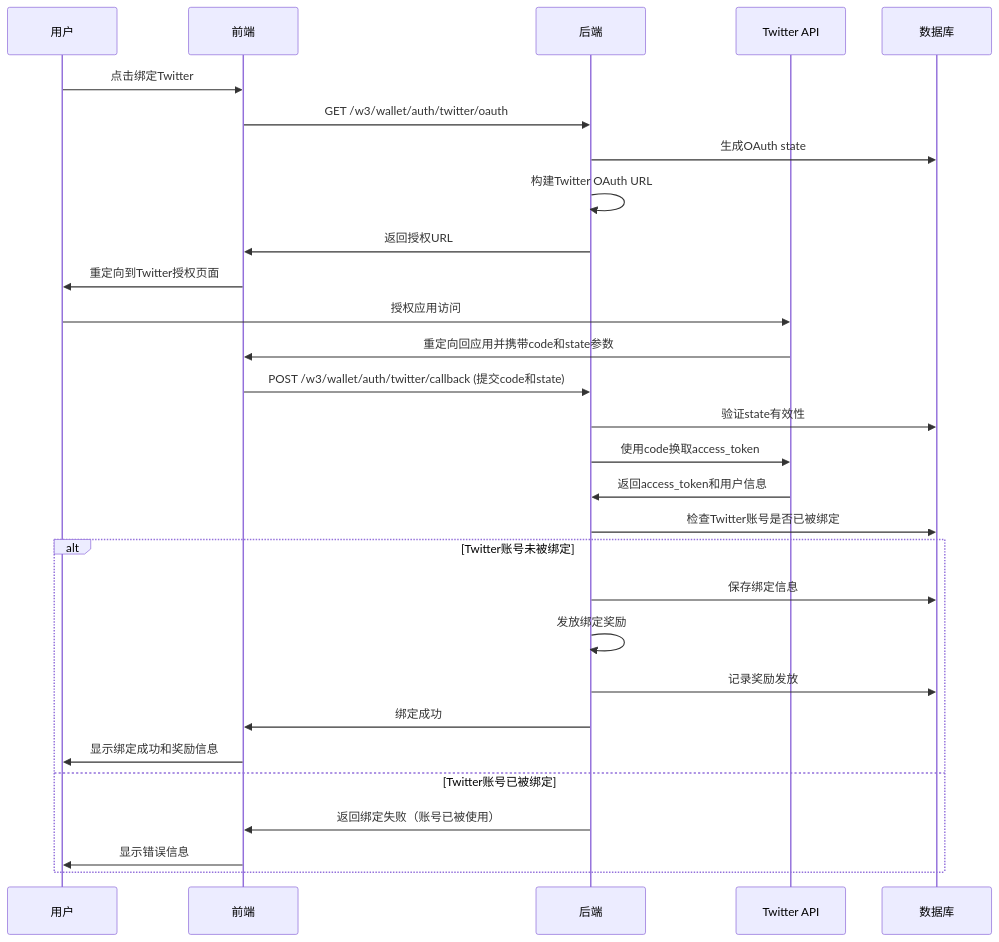
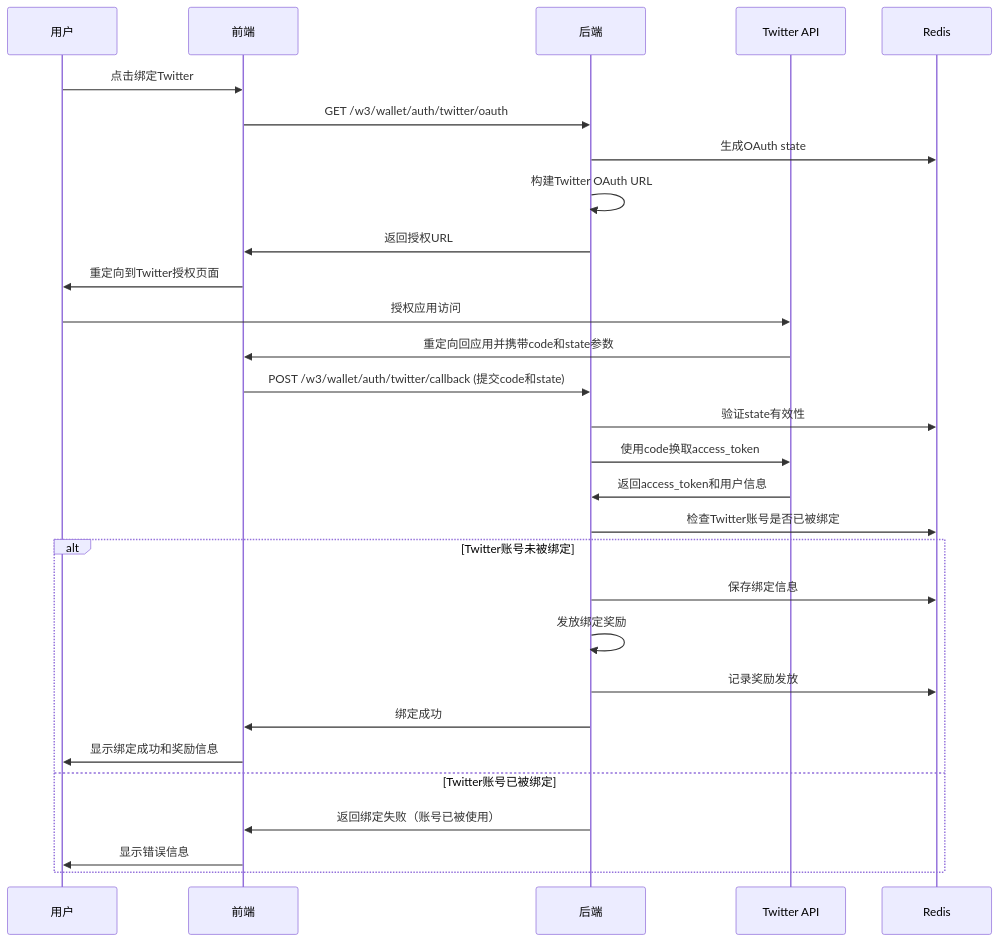
Before and after one commit to yingjianzh/iodraw-files: the diagram in all/未命名-73.md, drawn with Mermaid.

Commit message:
2025-07-07 10:54:04 update

````diff
--- a/all/未命名-73.md
+++ b/all/未命名-73.md
@@ -1,37 +1,37 @@
 ```mermaid
 
 sequenceDiagram
     participant User as 用户
     participant Frontend as 前端
     participant Backend as 后端
     participant Twitter as Twitter API
-    participant DB as 数据库
+    participant DB as Redis
 
 
     User->>Frontend: 点击绑定Twitter
     Frontend->>Backend: GET /w3/wallet/auth/twitter/oauth
     Backend->>DB: 生成OAuth state
     Backend->>Backend: 构建Twitter OAuth URL
     Backend->>Frontend: 返回授权URL
     Frontend->>User: 重定向到Twitter授权页面
     
     User->>Twitter: 授权应用访问
     Twitter->>Frontend: 重定向回应用并携带code和state参数
     Frontend->>Backend: POST /w3/wallet/auth/twitter/callback (提交code和state)
     Backend->>DB: 验证state有效性
     Backend->>Twitter: 使用code换取access_token
     Twitter->>Backend: 返回access_token和用户信息
     Backend->>DB: 检查Twitter账号是否已被绑定
     
     alt Twitter账号未被绑定
         Backend->>DB: 保存绑定信息
         Backend->>Backend: 发放绑定奖励
         Backend->>DB: 记录奖励发放
         Backend->>Frontend: 绑定成功
         Frontend->>User: 显示绑定成功和奖励信息
     else Twitter账号已被绑定
         Backend->>Frontend: 返回绑定失败（账号已被使用）
         Frontend->>User: 显示错误信息
     end
 
 ```
````
